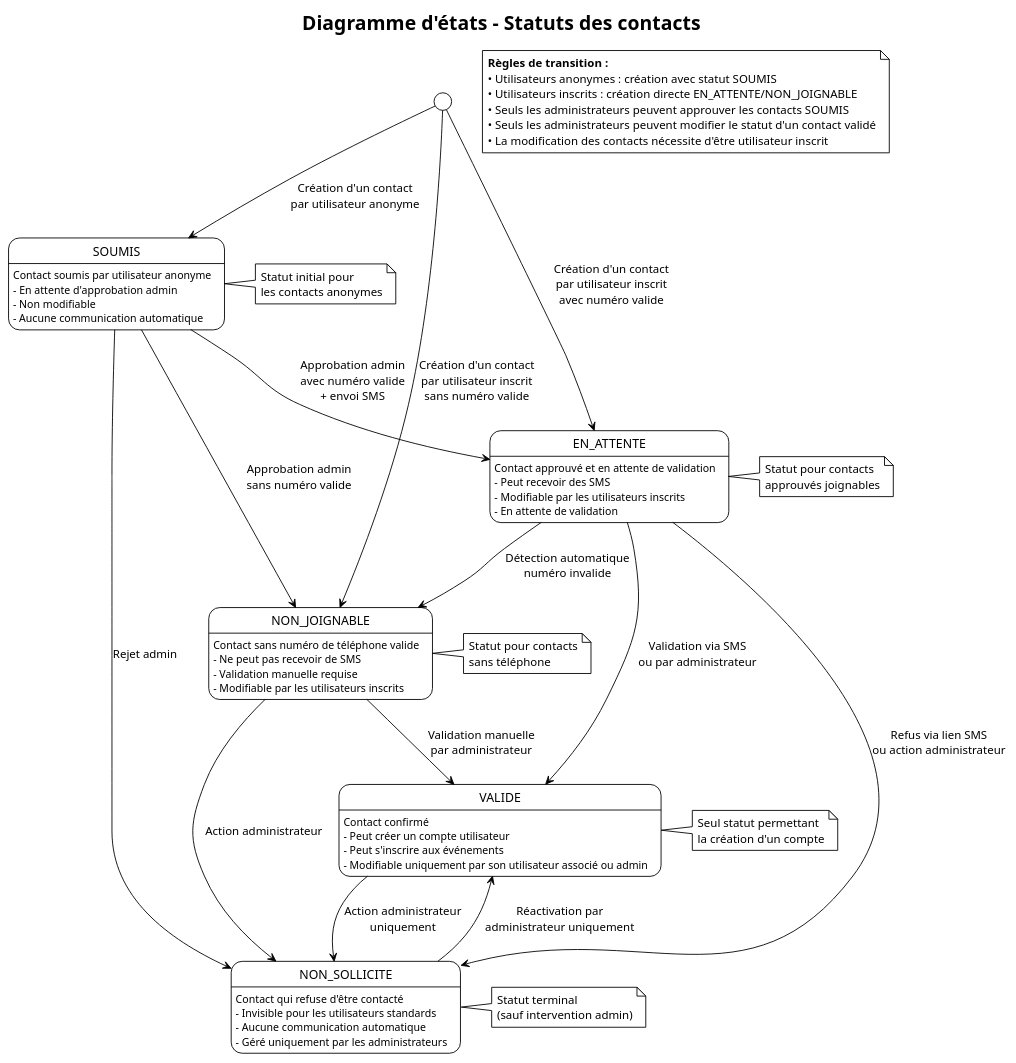
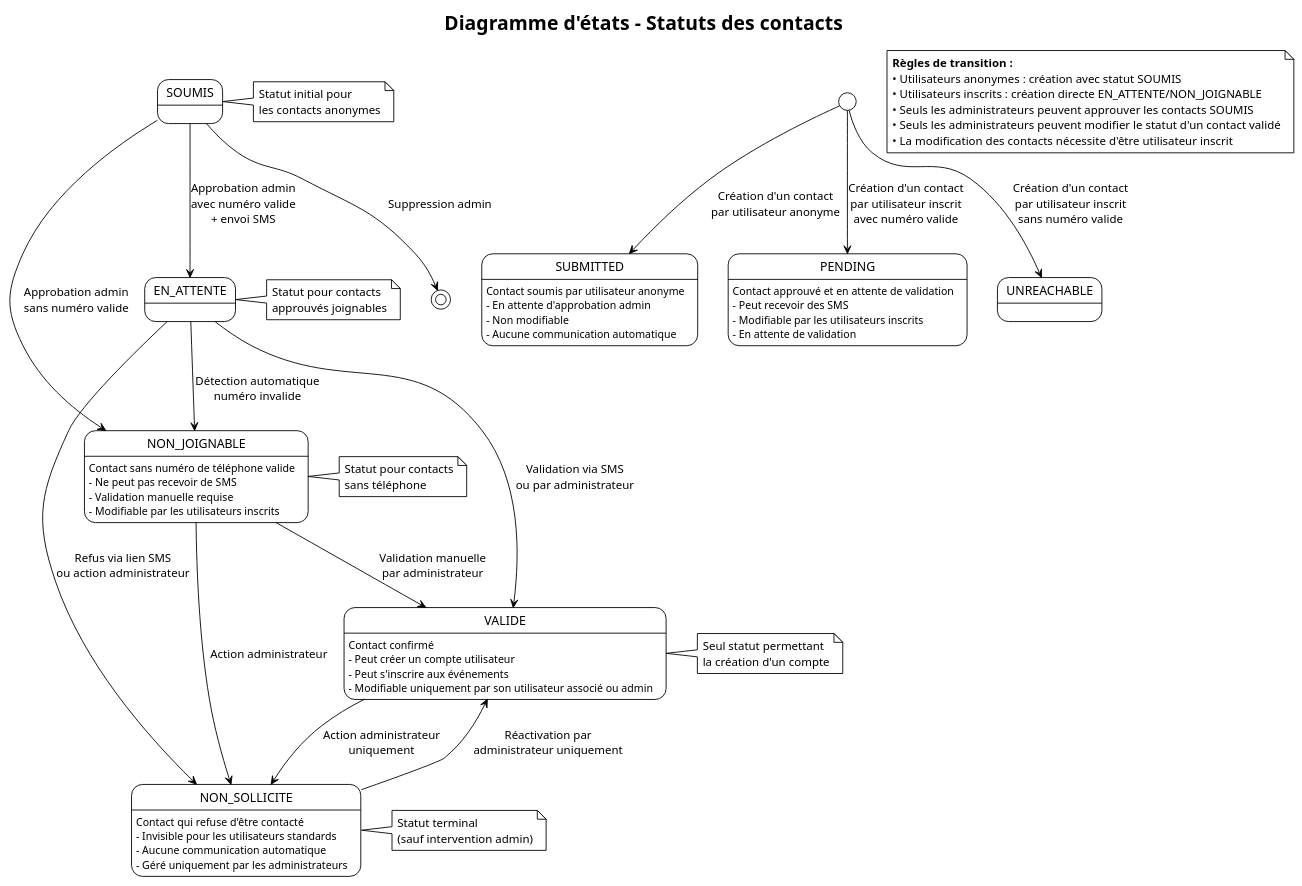
Before and after one commit to bbsebb/ashs-alumni: the diagram in docs/diagrams/contact-status-states.puml, drawn with PlantUML. The commit also changed 53 other files, not shown here.

```diff
--- a/docs/diagrams/contact-status-states.puml
+++ b/docs/diagrams/contact-status-states.puml
@@ -1,76 +1,76 @@
 @startuml contact-status-states
 !theme plain
 title Diagramme d'états - Statuts des contacts
 
-[*] --> SOUMIS : Création d'un contact\npar utilisateur anonyme
+[*] --> SUBMITTED : Création d'un contact\npar utilisateur anonyme
 
-[*] --> EN_ATTENTE : Création d'un contact\npar utilisateur inscrit\navec numéro valide
+[*] --> PENDING : Création d'un contact\npar utilisateur inscrit\navec numéro valide
 
-[*] --> NON_JOIGNABLE : Création d'un contact\npar utilisateur inscrit\nsans numéro valide
+[*] --> UNREACHABLE : Création d'un contact\npar utilisateur inscrit\nsans numéro valide
 
-state SOUMIS {
-  SOUMIS : Contact soumis par utilisateur anonyme
-  SOUMIS : - En attente d'approbation admin
-  SOUMIS : - Non modifiable
-  SOUMIS : - Aucune communication automatique
+state SUBMITTED {
+  SUBMITTED : Contact soumis par utilisateur anonyme
+  SUBMITTED : - En attente d'approbation admin
+  SUBMITTED : - Non modifiable
+  SUBMITTED : - Aucune communication automatique
 }
 
-state EN_ATTENTE {
-  EN_ATTENTE : Contact approuvé et en attente de validation
-  EN_ATTENTE : - Peut recevoir des SMS
-  EN_ATTENTE : - Modifiable par les utilisateurs inscrits
-  EN_ATTENTE : - En attente de validation
+state PENDING {
+  PENDING : Contact approuvé et en attente de validation
+  PENDING : - Peut recevoir des SMS
+  PENDING : - Modifiable par les utilisateurs inscrits
+  PENDING : - En attente de validation
 }
 
 state VALIDE {
   VALIDE : Contact confirmé
   VALIDE : - Peut créer un compte utilisateur
   VALIDE : - Peut s'inscrire aux événements
   VALIDE : - Modifiable uniquement par son utilisateur associé ou admin
 }
 
 state NON_SOLLICITE {
   NON_SOLLICITE : Contact qui refuse d'être contacté
   NON_SOLLICITE : - Invisible pour les utilisateurs standards
   NON_SOLLICITE : - Aucune communication automatique
   NON_SOLLICITE : - Géré uniquement par les administrateurs
 }
 
 state NON_JOIGNABLE {
   NON_JOIGNABLE : Contact sans numéro de téléphone valide
   NON_JOIGNABLE : - Ne peut pas recevoir de SMS
   NON_JOIGNABLE : - Validation manuelle requise
   NON_JOIGNABLE : - Modifiable par les utilisateurs inscrits
 }
 
 SOUMIS --> EN_ATTENTE : Approbation admin\navec numéro valide\n+ envoi SMS
 SOUMIS --> NON_JOIGNABLE : Approbation admin\nsans numéro valide
-SOUMIS --> NON_SOLLICITE : Rejet admin
+SOUMIS --> [*] : Suppression admin
 
 EN_ATTENTE --> VALIDE : Validation via SMS\nou par administrateur
 EN_ATTENTE --> NON_SOLLICITE : Refus via lien SMS\nou action administrateur
 EN_ATTENTE --> NON_JOIGNABLE : Détection automatique\nnuméro invalide
 
 NON_JOIGNABLE --> VALIDE : Validation manuelle\npar administrateur
 NON_JOIGNABLE --> NON_SOLLICITE : Action administrateur
 
 VALIDE --> NON_SOLLICITE : Action administrateur\nuniquement
 
 NON_SOLLICITE --> VALIDE : Réactivation par\nadministrateur uniquement
 
 note right of SOUMIS : Statut initial pour\nles contacts anonymes
 note right of EN_ATTENTE : Statut pour contacts\napprouvés joignables
 note right of NON_JOIGNABLE : Statut pour contacts\nsans téléphone
 note right of VALIDE : Seul statut permettant\nla création d'un compte
 note right of NON_SOLLICITE : Statut terminal\n(sauf intervention admin)
 
 note as N1
   <b>Règles de transition :</b>
   • Utilisateurs anonymes : création avec statut SOUMIS
   • Utilisateurs inscrits : création directe EN_ATTENTE/NON_JOIGNABLE
   • Seuls les administrateurs peuvent approuver les contacts SOUMIS
   • Seuls les administrateurs peuvent modifier le statut d'un contact validé
   • La modification des contacts nécessite d'être utilisateur inscrit
 end note
 
 @enduml
```
